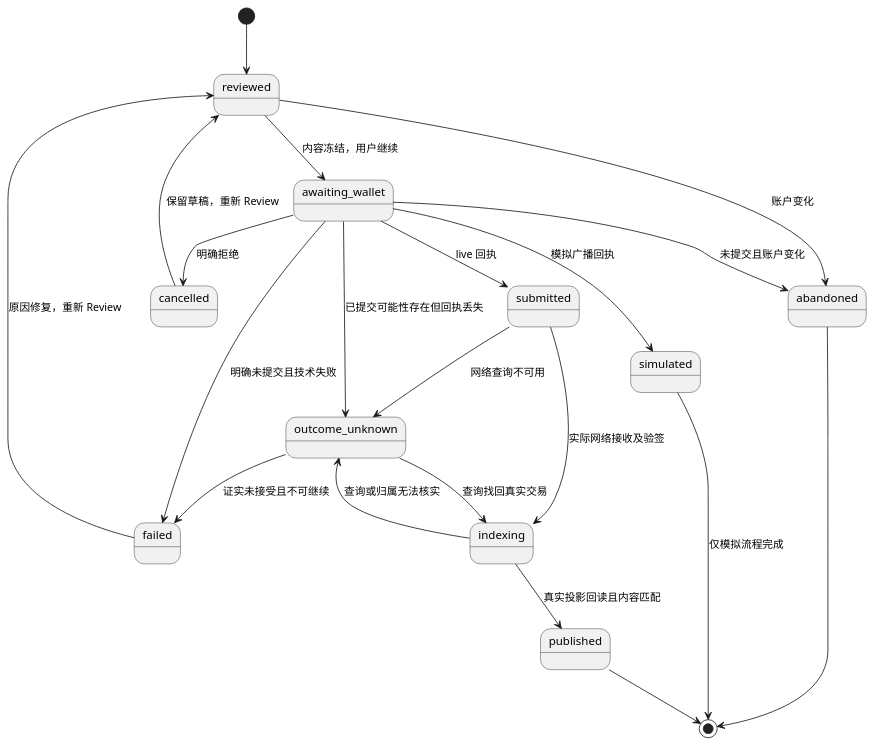
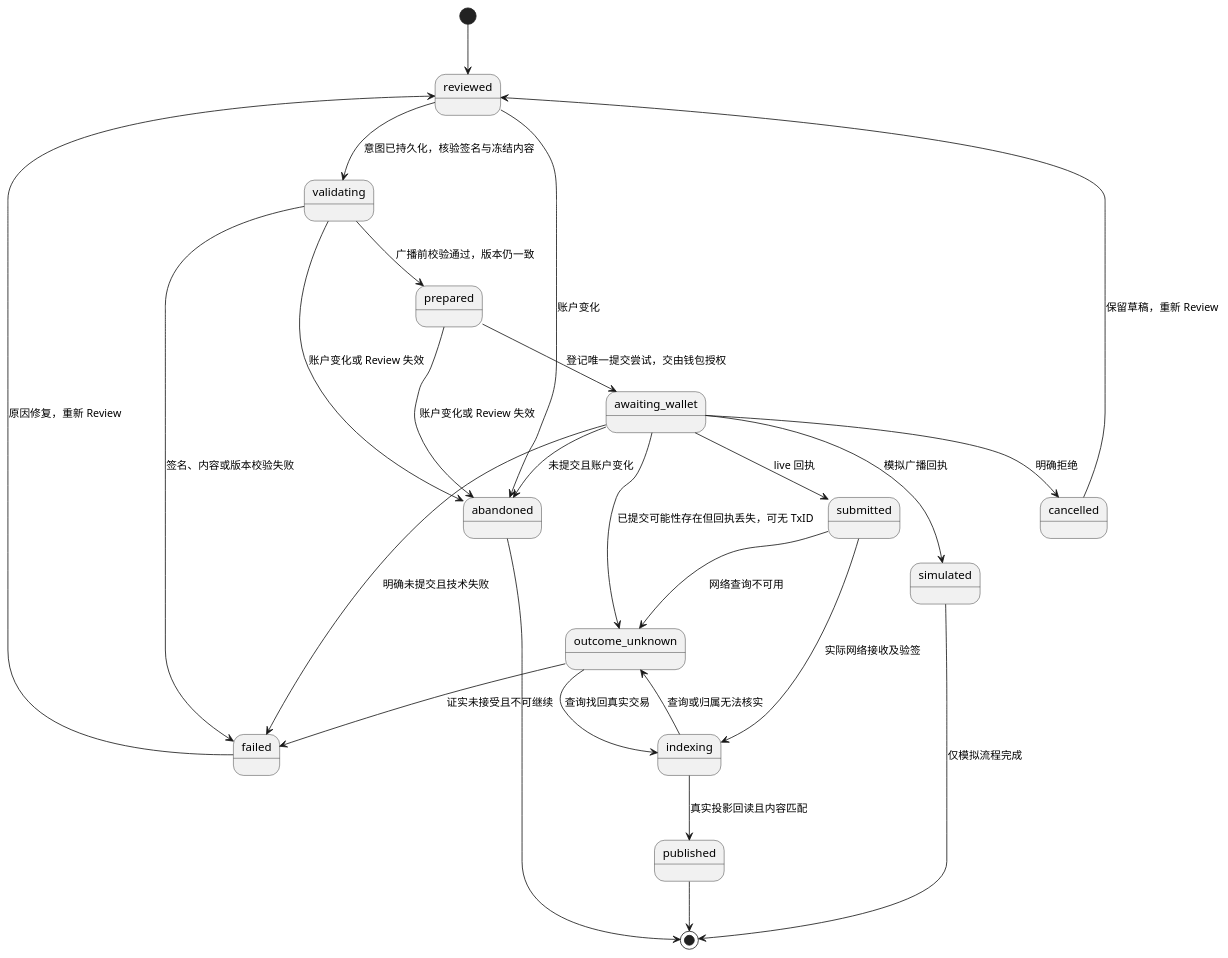
One commit to metanet4j/ownword-harness changed the third of 3 diagrams in _task/system-design/spec/frontend/集成核心认知v0.1.0-20261013-183000.md. Above: the diagram before and after it, drawn with PlantUML. The commit also changed other lines of this file and 9 other files, not shown here.

````diff
--- a/_task/system-design/spec/frontend/集成核心认知v0.1.0-20261013-183000.md
+++ b/_task/system-design/spec/frontend/集成核心认知v0.1.0-20261013-183000.md
@@ -179,24 +183,29 @@
 ```plantuml
 @startuml
 [*] --> reviewed
-reviewed --> awaiting_wallet : 内容冻结，用户继续
+reviewed --> validating : 意图已持久化，核验签名与冻结内容
+validating --> prepared : 广播前校验通过，版本仍一致
+validating --> failed : 签名、内容或版本校验失败
+prepared --> awaiting_wallet : 登记唯一提交尝试，交由钱包授权
 awaiting_wallet --> cancelled : 明确拒绝
 awaiting_wallet --> failed : 明确未提交且技术失败
 awaiting_wallet --> submitted : live 回执
 awaiting_wallet --> simulated : 模拟广播回执
-awaiting_wallet --> outcome_unknown : 已提交可能性存在但回执丢失
+awaiting_wallet --> outcome_unknown : 已提交可能性存在但回执丢失，可无 TxID
 submitted --> indexing : 实际网络接收及验签
 indexing --> published : 真实投影回读且内容匹配
 submitted --> outcome_unknown : 网络查询不可用
 indexing --> outcome_unknown : 查询或归属无法核实
 outcome_unknown --> indexing : 查询找回真实交易
 outcome_unknown --> failed : 证实未接受且不可继续
 reviewed --> abandoned : 账户变化
+validating --> abandoned : 账户变化或 Review 失效
+prepared --> abandoned : 账户变化或 Review 失效
 awaiting_wallet --> abandoned : 未提交且账户变化
 cancelled --> reviewed : 保留草稿，重新 Review
 failed --> reviewed : 原因修复，重新 Review
 simulated --> [*] : 仅模拟流程完成
 published --> [*]
 abandoned --> [*]
 @enduml
 ```
````
